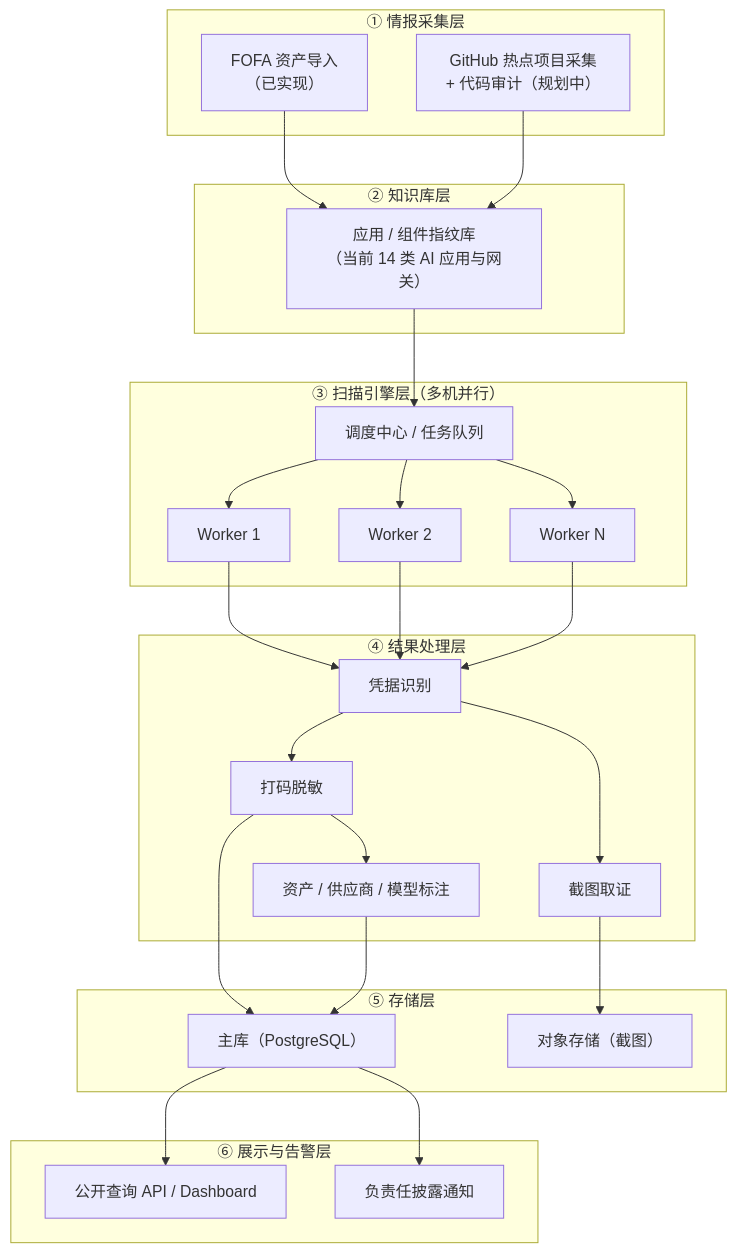
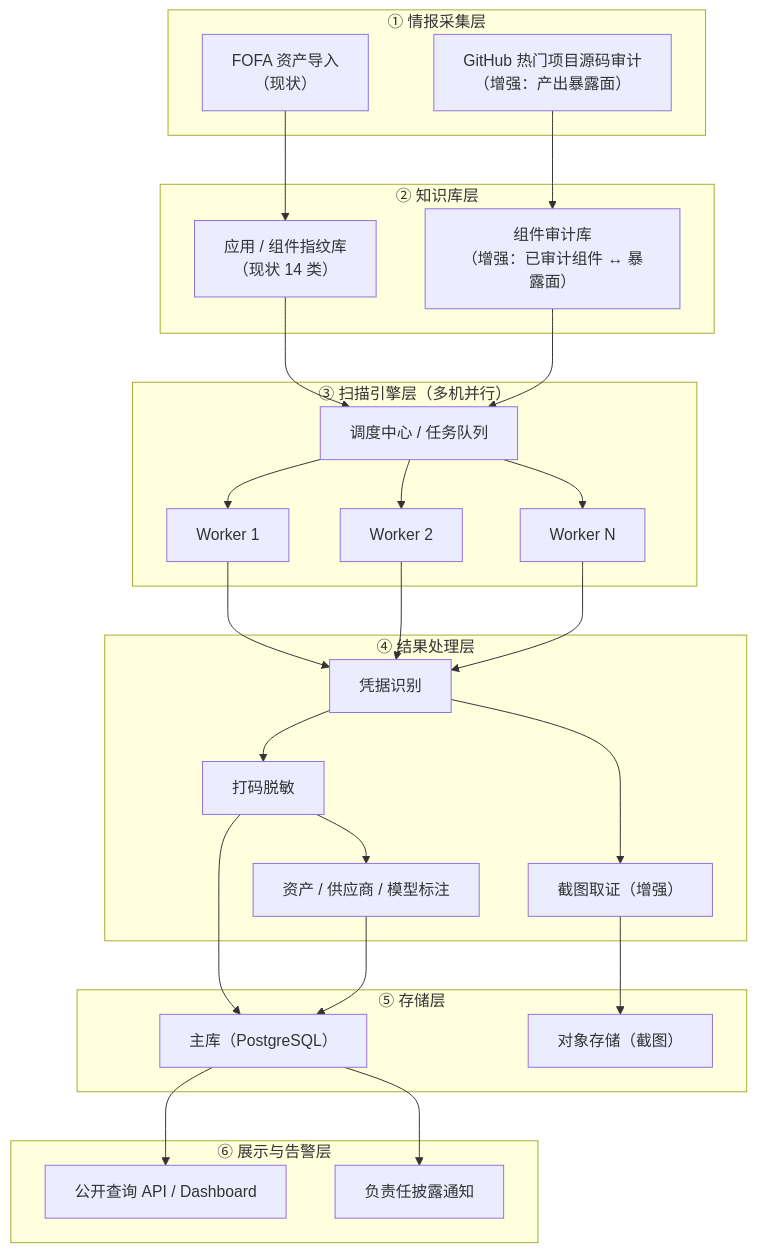
Before and after one commit to tajleonbennis-maker/SecretWatcher: the first of 2 diagrams in docs/architecture.md, drawn with Mermaid. The commit also changed other lines of this file, not shown here.

Commit message:
docs: add target architecture and migration path

````diff
--- a/docs/architecture.md
+++ b/docs/architecture.md
@@ -21,46 +38,48 @@
 ```mermaid
 flowchart TB
     subgraph L1["① 情报采集层"]
-        A1["FOFA 资产导入<br/>（已实现）"]
-        A2["GitHub 热点项目采集<br/>+ 代码审计（规划中）"]
+        A1["FOFA 资产导入<br/>（现状）"]
+        A2["GitHub 热门项目源码审计<br/>（增强：产出暴露面）"]
     end
     subgraph L2["② 知识库层"]
-        B1["应用 / 组件指纹库<br/>（当前 14 类 AI 应用与网关）"]
+        B1["应用 / 组件指纹库<br/>（现状 14 类）"]
+        B2["组件审计库<br/>（增强：已审计组件 ↔ 暴露面）"]
     end
     subgraph L3["③ 扫描引擎层（多机并行）"]
         C1["调度中心 / 任务队列"]
         C2["Worker 1"]
         C3["Worker 2"]
         C4["Worker N"]
     end
     subgraph L4["④ 结果处理层"]
         D1["凭据识别"]
         D2["打码脱敏"]
         D3["资产 / 供应商 / 模型标注"]
-        D4["截图取证"]
+        D4["截图取证（增强）"]
     end
     subgraph L5["⑤ 存储层"]
         E1["主库（PostgreSQL）"]
         E2["对象存储（截图）"]
     end
     subgraph L6["⑥ 展示与告警层"]
         F1["公开查询 API / Dashboard"]
         F2["负责任披露通知"]
     end
 
     A1 --> B1
-    A2 --> B1
+    A2 --> B2
     B1 --> C1
+    B2 --> C1
     C1 --> C2
     C1 --> C3
     C1 --> C4
     C2 & C3 & C4 --> D1
     D1 --> D2
     D2 --> D3
     D1 --> D4
     D2 --> E1
     D3 --> E1
     D4 --> E2
     E1 --> F1
     E1 --> F2
 ```
````
